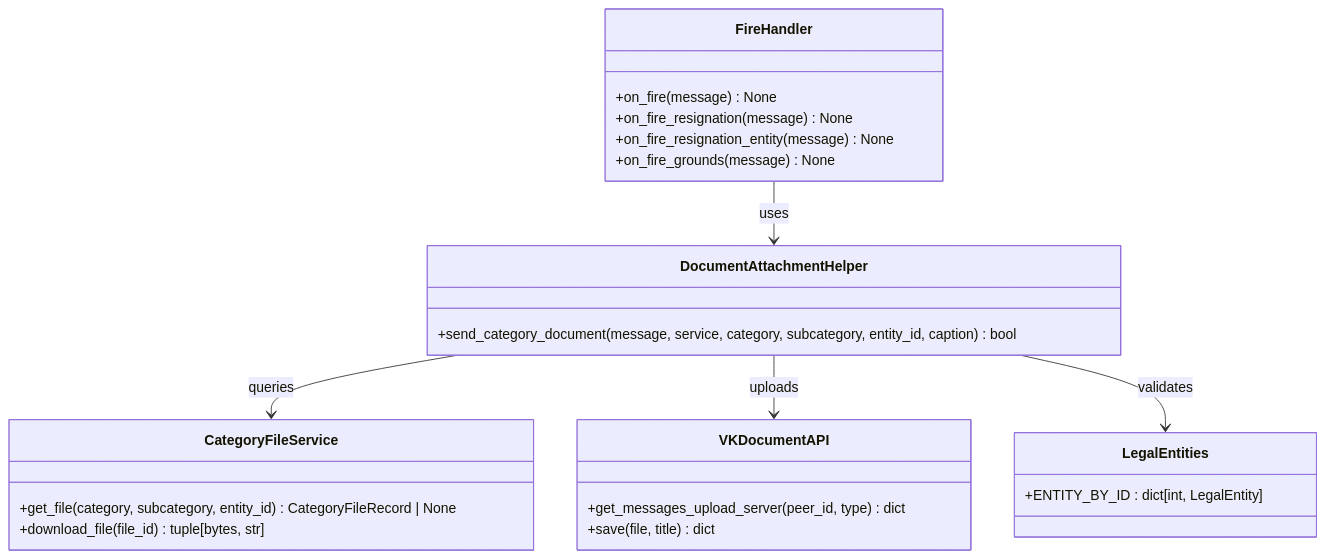
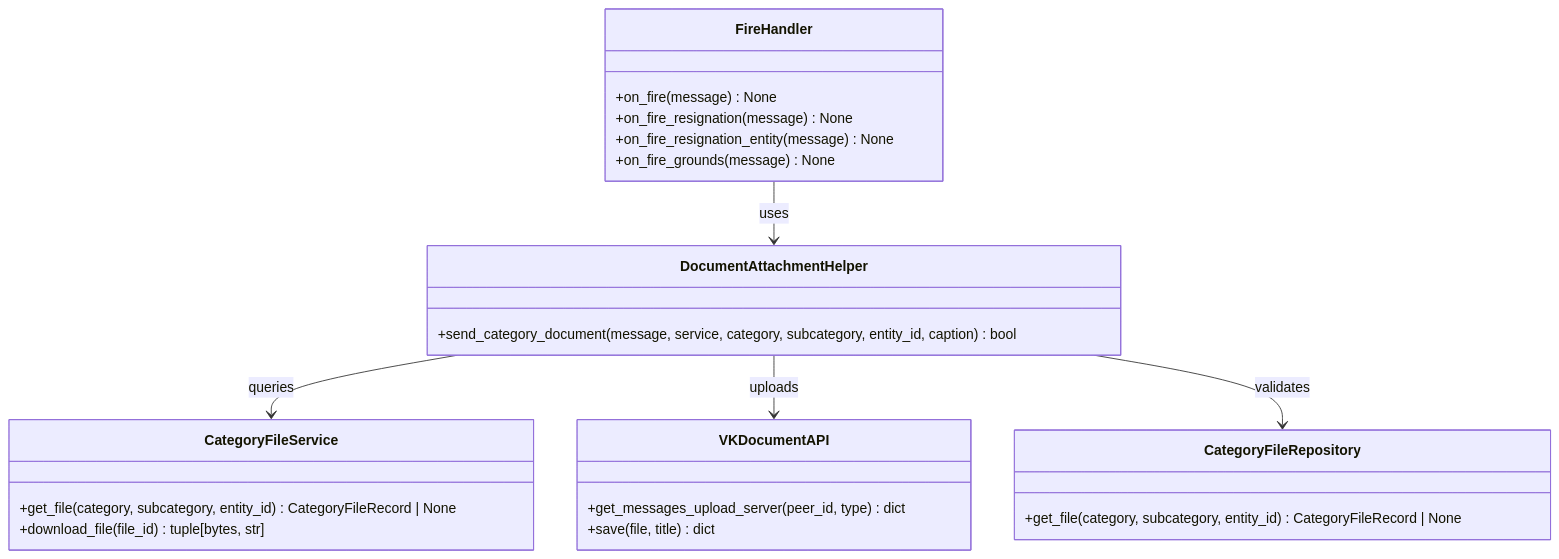
Diagram 11 of 29 in .qoder/repowiki/en/content/VK Integration/VK Integration.md (ognelis/cafetera_hr_bot), drawn with Mermaid before and after one commit. The commit also changed other lines of this file and 139 other files, not shown here.

````diff
--- a/.qoder/repowiki/en/content/VK Integration/VK Integration.md
+++ b/.qoder/repowiki/en/content/VK Integration/VK Integration.md
@@ -710,27 +698,27 @@
 ```mermaid
 classDiagram
 class FireHandler {
 +on_fire(message) None
 +on_fire_resignation(message) None
 +on_fire_resignation_entity(message) None
 +on_fire_grounds(message) None
 }
 class DocumentAttachmentHelper {
 +send_category_document(message, service, category, subcategory, entity_id, caption) bool
 }
 class CategoryFileService {
 +get_file(category, subcategory, entity_id) CategoryFileRecord | None
 +download_file(file_id) tuple[bytes, str]
 }
 class VKDocumentAPI {
 +get_messages_upload_server(peer_id, type) dict
 +save(file, title) dict
 }
-class LegalEntities {
-+ENTITY_BY_ID : dict[int, LegalEntity]
+class CategoryFileRepository {
++get_file(category, subcategory, entity_id) CategoryFileRecord | None
 }
 FireHandler --> DocumentAttachmentHelper : uses
 DocumentAttachmentHelper --> CategoryFileService : queries
 DocumentAttachmentHelper --> VKDocumentAPI : uploads
-DocumentAttachmentHelper --> LegalEntities : validates
+DocumentAttachmentHelper --> CategoryFileRepository : validates
 ```
````
